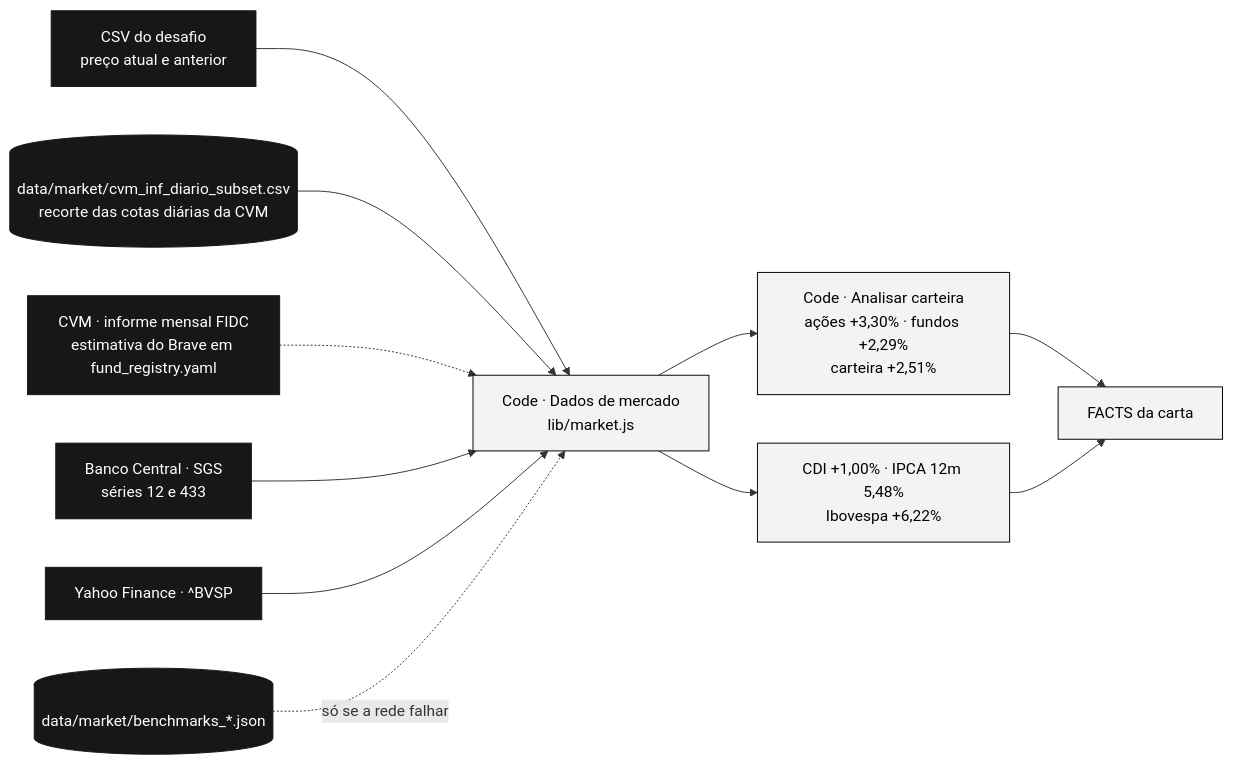
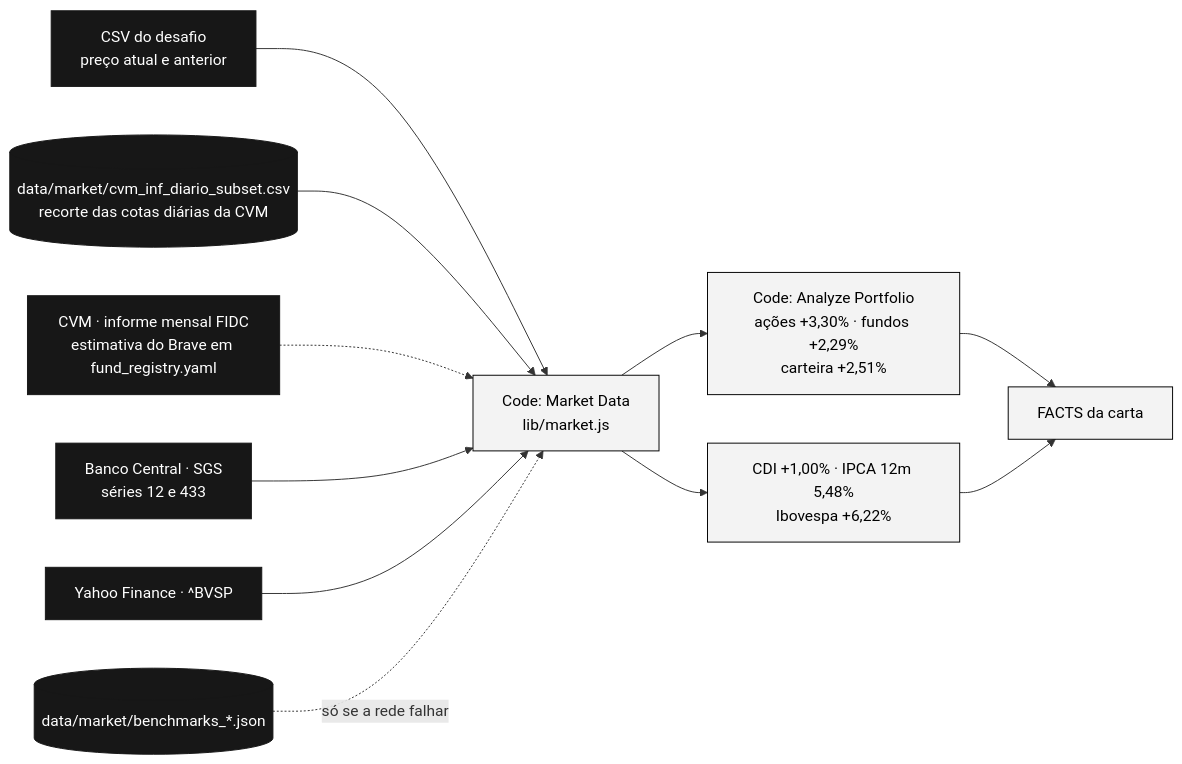
The diagram in docs/05_dados_externos.md (eu-adrianocarvalho/enter-challenge), drawn with Mermaid before and after one commit. The commit also changed other lines of this file and 73 other files, not shown here.

````diff
--- a/docs/05_dados_externos.md
+++ b/docs/05_dados_externos.md
@@ -18,17 +18,17 @@
 ```mermaid
 flowchart LR
-  CSV["CSV do desafio<br/>preço atual e anterior"] --> MD["Code · Dados de mercado<br/>lib/market.js"]
+  CSV["CSV do desafio<br/>preço atual e anterior"] --> MD["Code: Market Data<br/>lib/market.js"]
   CVM[("data/market/cvm_inf_diario_subset.csv<br/>recorte das cotas diárias da CVM")] --> MD
   FIDC["CVM · informe mensal FIDC<br/>estimativa do Brave em fund_registry.yaml"] -.-> MD
   BCB["Banco Central · SGS<br/>séries 12 e 433"] --> MD
   YH["Yahoo Finance · ^BVSP"] --> MD
   SNAP[("data/market/benchmarks_*.json")] -. "só se a rede falhar" .-> MD
-  MD --> AN["Code · Analisar carteira<br/>ações +3,30% · fundos +2,29%<br/>carteira +2,51%"]
+  MD --> AN["Code: Analyze Portfolio<br/>ações +3,30% · fundos +2,29%<br/>carteira +2,51%"]
   MD --> BEN["CDI +1,00% · IPCA 12m 5,48%<br/>Ibovespa +6,22%"]
   AN --> FACTS["FACTS da carta"]
   BEN --> FACTS
   classDef code fill:#f3f3f3,stroke:#000,color:#000
   classDef io fill:#171717,stroke:#171717,color:#fff
   class CSV,CVM,FIDC,BCB,YH,SNAP io
   class MD,AN,BEN,FACTS code
 ```
````
